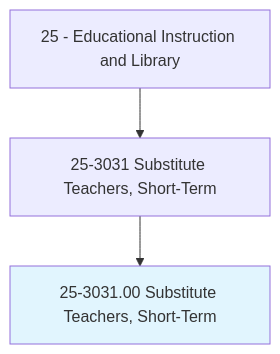
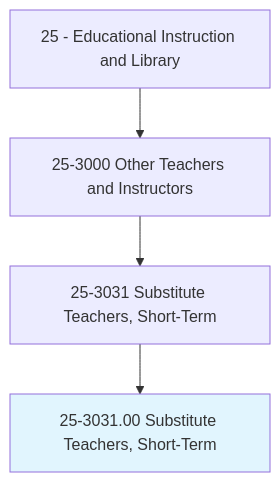
The first of 4 diagrams in occupations/Education/SubstituteTeachersShortTerm.mdx (kziemski/business.org.ai), drawn with Mermaid before and after one commit. The commit also changed other lines of this file and 938 other files, not shown here.

````diff
--- a/occupations/Education/SubstituteTeachersShortTerm.mdx
+++ b/occupations/Education/SubstituteTeachersShortTerm.mdx
@@ -19,6 +23,7 @@
 ```mermaid
 graph TD
-    Cat25["25 - Educational Instruction and Library"] --> Group253031["25-3031 Substitute Teachers, Short-Term"]
+    Cat25["25 - Educational Instruction and Library"] --> Group253["25-3000 Other Teachers and Instructors"]
+    Group253 --> Group253031["25-3031 Substitute Teachers, Short-Term"]
     Group253031 --> Current["25-3031.00 Substitute Teachers, Short-Term"]
     style Current fill:#e1f5fe
 ```
````
